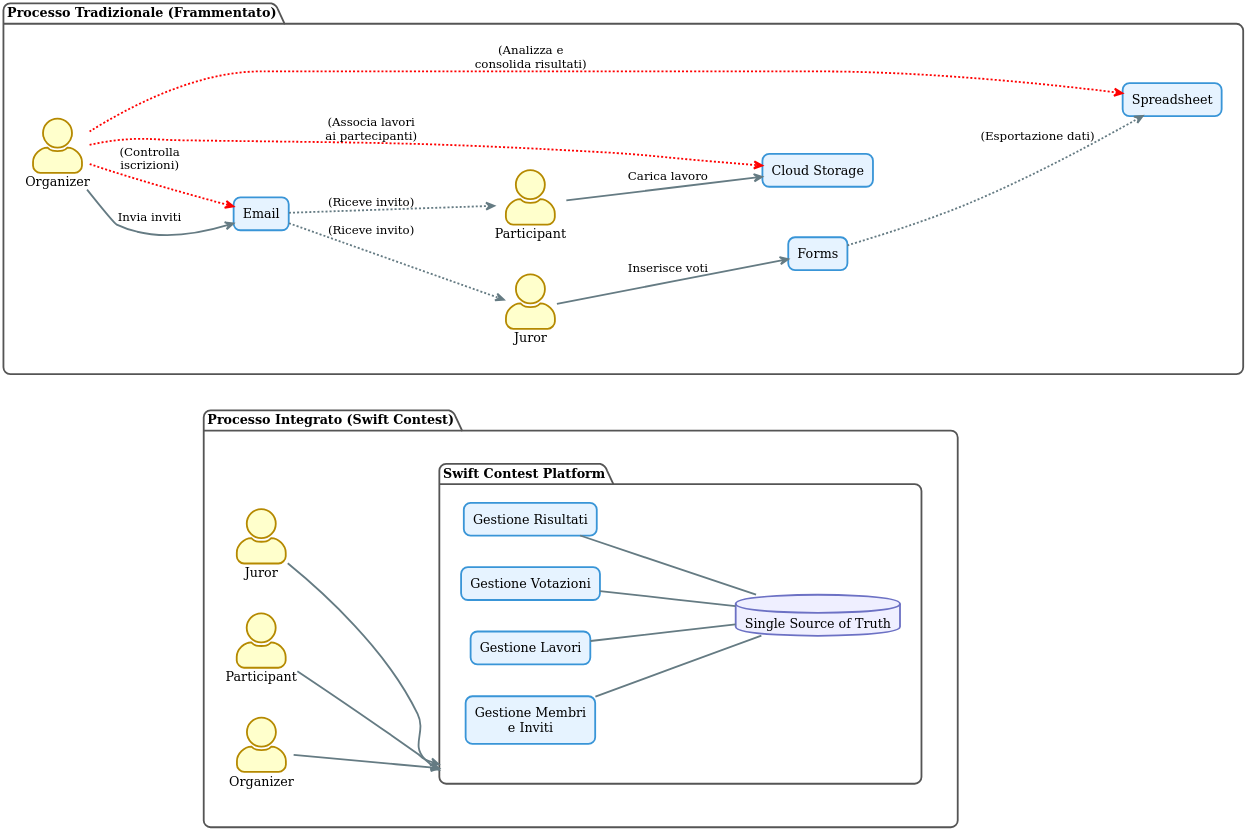
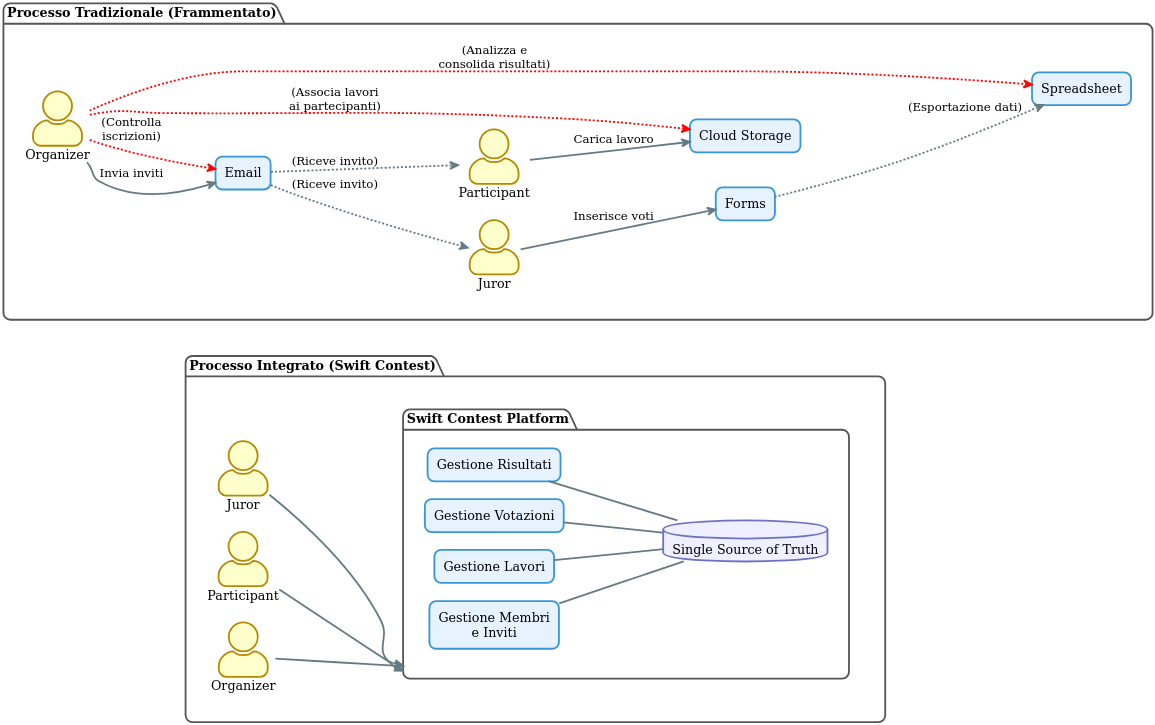
The diagram in thesis/diagrams/src/traditional-vs-swiftcontest-flow.puml (TMoretta/Swift-Contest), drawn with PlantUML before and after one commit. The commit also changed 19 other files, not shown here.

```diff
--- a/thesis/diagrams/src/traditional-vs-swiftcontest-flow.puml
+++ b/thesis/diagrams/src/traditional-vs-swiftcontest-flow.puml
@@ -1,78 +1,80 @@
 @startuml
 
 !theme sunlust
 skinparam dpi 300
 left to right direction
 skinparam backgroundColor transparent
 skinparam actorStyle awesome
 skinparam shadowing false
+skinparam nodesep 20
+skinparam ranksep 20
 
 skinparam package {
     backgroundColor #FFFFFF
     borderColor #555555
 }
 skinparam rectangle {
   backgroundColor #E6F3FF
   borderColor #3995D7
 }
 
 ' =======================================
 ' Definizione dei Diagrammi
 ' =======================================
 
 ' --- Processo Tradizionale ---
 package "Processo Tradizionale (Frammentato)" as Traditional {
     actor Organizer as Org_T
     actor Participant as Part_T
     actor Juror as Jur_T
 
     rectangle "Email" as Email
     rectangle "Cloud Storage" as Storage
     rectangle "Forms" as Forms
     rectangle "Spreadsheet" as Sheet
 
     ' Flusso di dati frammentato
     Org_T --> Email : Invia inviti
     Email ..> Part_T : (Riceve invito)
     Email ..> Jur_T : (Riceve invito)
 
     Part_T --> Storage : Carica lavoro
     Jur_T --> Forms : Inserisce voti
     Forms ..> Sheet : (Esportazione dati)
 
     ' Lavoro manuale dell'organizzatore per collegare tutto
     Org_T .[#red].> Email : (Controlla\niscrizioni)
     Org_T .[#red].> Storage : (Associa lavori\nai partecipanti)
     Org_T .[#red].> Sheet : (Analizza e\nconsolida risultati)
 }
 
 ' --- Processo Swift Contest ---
 package "Processo Integrato (Swift Contest)" as SwiftContest {
     actor Juror as Jur_S
     actor Participant as Part_S
     actor Organizer as Org_S
 
     package "**Swift Contest Platform**" as App {
         rectangle "Gestione Risultati" as Results
         rectangle "Gestione Votazioni" as Votes
         rectangle "Gestione Lavori" as Works
         rectangle "Gestione Membri\ne Inviti" as Users
         database "Single Source of Truth" as SSoT
     }
 
     ' Tutti gli attori interagiscono con un'unica piattaforma
     Jur_S --> App
     Part_S --> App
     Org_S --> App
 
     ' Tutti i moduli sono integrati e condividono gli stessi dati
     Users -- SSoT
     Works -- SSoT
     Votes -- SSoT
     Results -- SSoT
 }
 
 ' --- Layout Hint ---
 Traditional -[hidden]- SwiftContest
 
 @enduml
```
